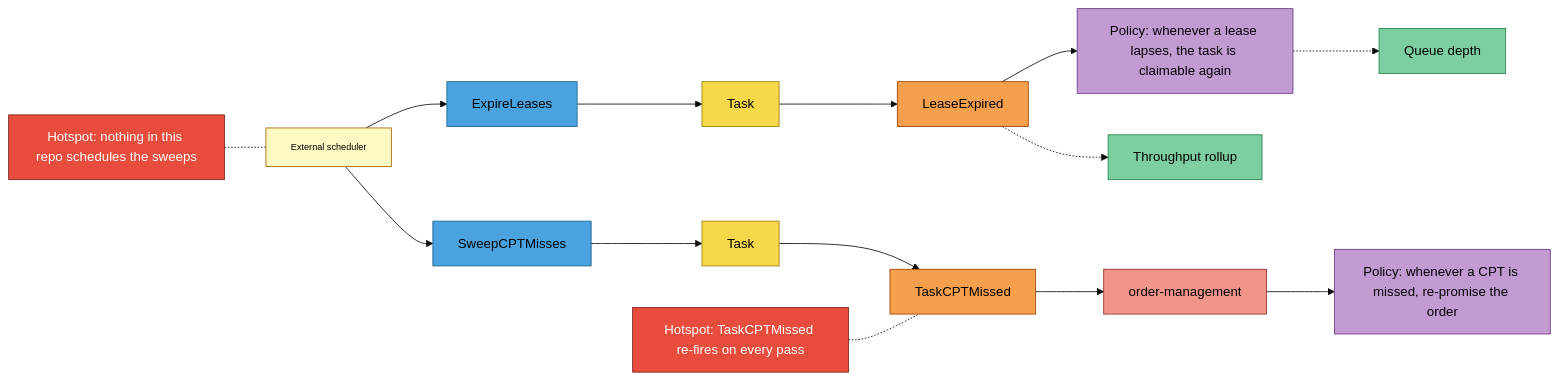
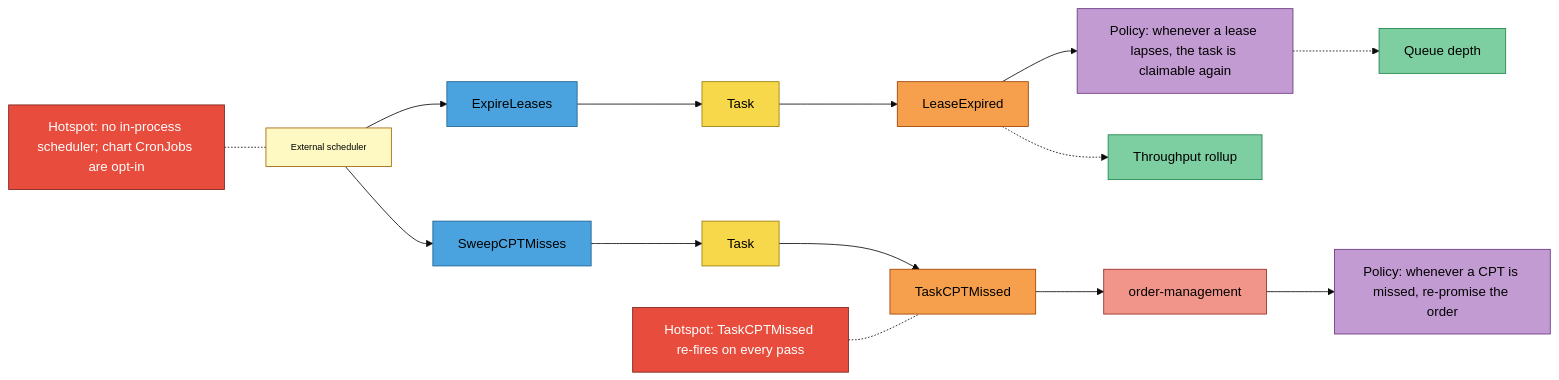
One commit to IQVO/warehouse-docs changed the fourth of 4 diagrams in docs/contexts/fulfillment-execution/eventstorming.md. Above: the diagram before and after it, drawn with Mermaid (base theme). The commit also changed other lines of this file and 107 other files, not shown here.

````diff
--- a/docs/contexts/fulfillment-execution/eventstorming.md
+++ b/docs/contexts/fulfillment-execution/eventstorming.md
@@ -174,34 +174,34 @@
 ```mermaid
 flowchart LR
     SCH["External scheduler"]:::actor
     C1["ExpireLeases"]:::command
     T1["Task"]:::aggregate
     E1["LeaseExpired"]:::event
     P1["Policy: whenever a lease lapses, the task is claimable again"]:::policy
     RM1["Queue depth"]:::readmodel
     C2["SweepCPTMisses"]:::command
     T2["Task"]:::aggregate
     E2["TaskCPTMissed"]:::event
     OM["order-management"]:::external
     P2["Policy: whenever a CPT is missed, re-promise the order"]:::policy
     PJ["Throughput rollup"]:::readmodel
-    H1["Hotspot: nothing in this repo schedules the sweeps"]:::hotspot
+    H1["Hotspot: no in-process scheduler; chart CronJobs are opt-in"]:::hotspot
     H2["Hotspot: TaskCPTMissed re-fires on every pass"]:::hotspot
 
     SCH --> C1 --> T1 --> E1 --> P1
     P1 -.-> RM1
     E1 -.-> PJ
     SCH --> C2 --> T2 --> E2 --> OM
     OM --> P2
     H1 -.- SCH
     H2 -.- E2
 
     classDef actor fill:#fef9c3,stroke:#a16207,color:#000,font-size:11px
     classDef command fill:#4aa3df,stroke:#1f6391,color:#000
     classDef aggregate fill:#f7d84a,stroke:#9a7d0a,color:#000
     classDef event fill:#f6a04d,stroke:#a04000,color:#000
     classDef policy fill:#c39bd3,stroke:#6c3483,color:#000
     classDef readmodel fill:#7dcea0,stroke:#1e8449,color:#000
     classDef external fill:#f1948a,stroke:#922b21,color:#000
     classDef hotspot fill:#e74c3c,stroke:#7b241c,color:#fff
 ```
````
